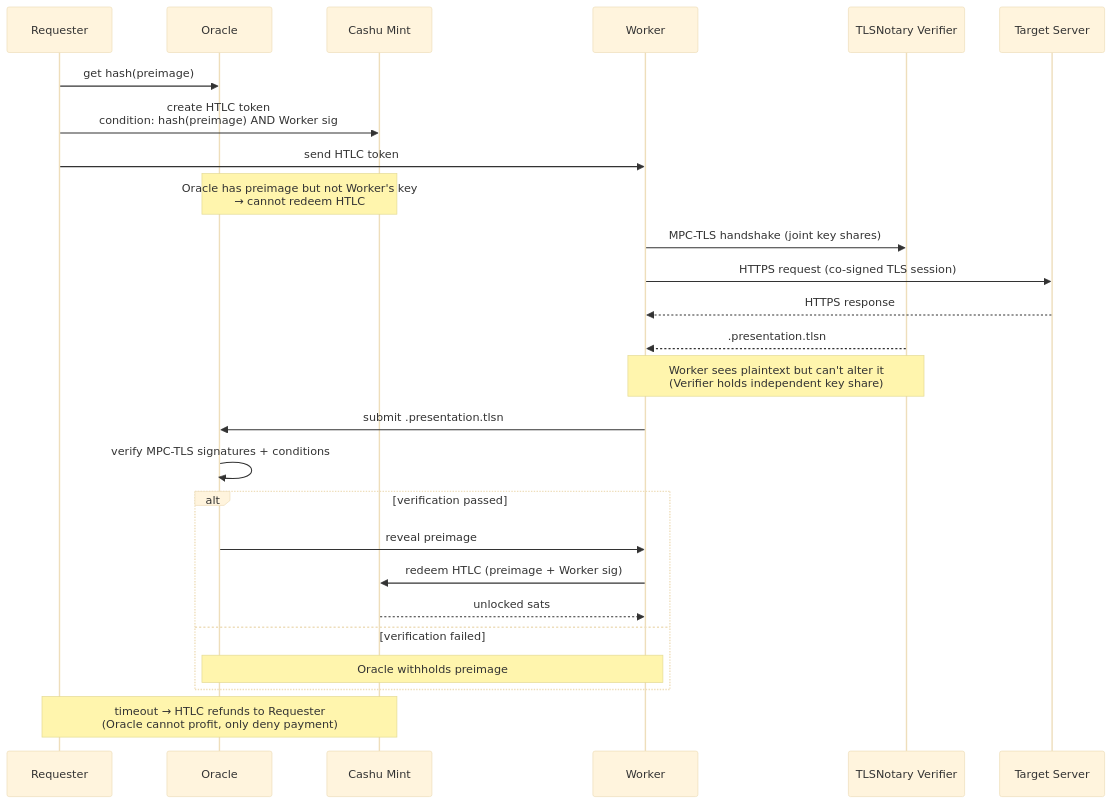
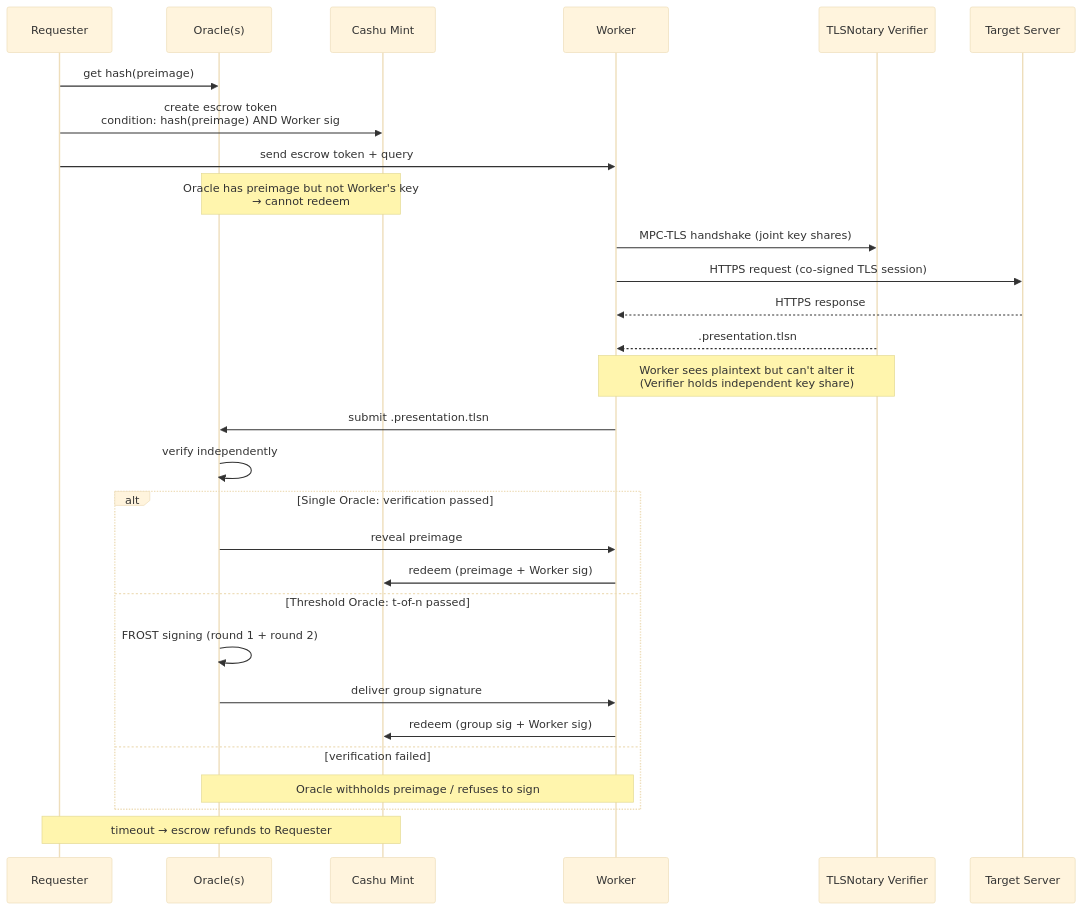
Before and after one commit to motxx/anchr: the first of 2 diagrams in README.md, drawn with Mermaid (base theme). The commit also changed other lines of this file, not shown here.

````diff
--- a/README.md
+++ b/README.md
@@ -49,35 +108,38 @@
 ```mermaid
 sequenceDiagram
     participant R as Requester
-    participant O as Oracle
+    participant O as Oracle(s)
     participant M as Cashu Mint
     participant W as Worker
     participant V as TLSNotary Verifier
     participant T as Target Server
 
     R->>O: get hash(preimage)
-    R->>M: create HTLC token<br/>condition: hash(preimage) AND Worker sig
-    R->>W: send HTLC token
+    R->>M: create escrow token<br/>condition: hash(preimage) AND Worker sig
+    R->>W: send escrow token + query
 
-    Note over O,M: Oracle has preimage but not Worker's key<br/>→ cannot redeem HTLC
+    Note over O,M: Oracle has preimage but not Worker's key<br/>→ cannot redeem
 
     W->>V: MPC-TLS handshake (joint key shares)
     W->>T: HTTPS request (co-signed TLS session)
     T-->>W: HTTPS response
     V-->>W: .presentation.tlsn
 
     Note over W,V: Worker sees plaintext but can't alter it<br/>(Verifier holds independent key share)
 
     W->>O: submit .presentation.tlsn
-    O->>O: verify MPC-TLS signatures + conditions
+    O->>O: verify independently
 
-    alt verification passed
+    alt Single Oracle: verification passed
         O->>W: reveal preimage
-        W->>M: redeem HTLC (preimage + Worker sig)
-        M-->>W: unlocked sats
+        W->>M: redeem (preimage + Worker sig)
+    else Threshold Oracle: t-of-n passed
+        O->>O: FROST signing (round 1 + round 2)
+        O->>W: deliver group signature
+        W->>M: redeem (group sig + Worker sig)
     else verification failed
-        Note over O,W: Oracle withholds preimage
+        Note over O,W: Oracle withholds preimage / refuses to sign
     end
 
-    Note over R,M: timeout → HTLC refunds to Requester<br/>(Oracle cannot profit, only deny payment)
+    Note over R,M: timeout → escrow refunds to Requester
 ```
````
